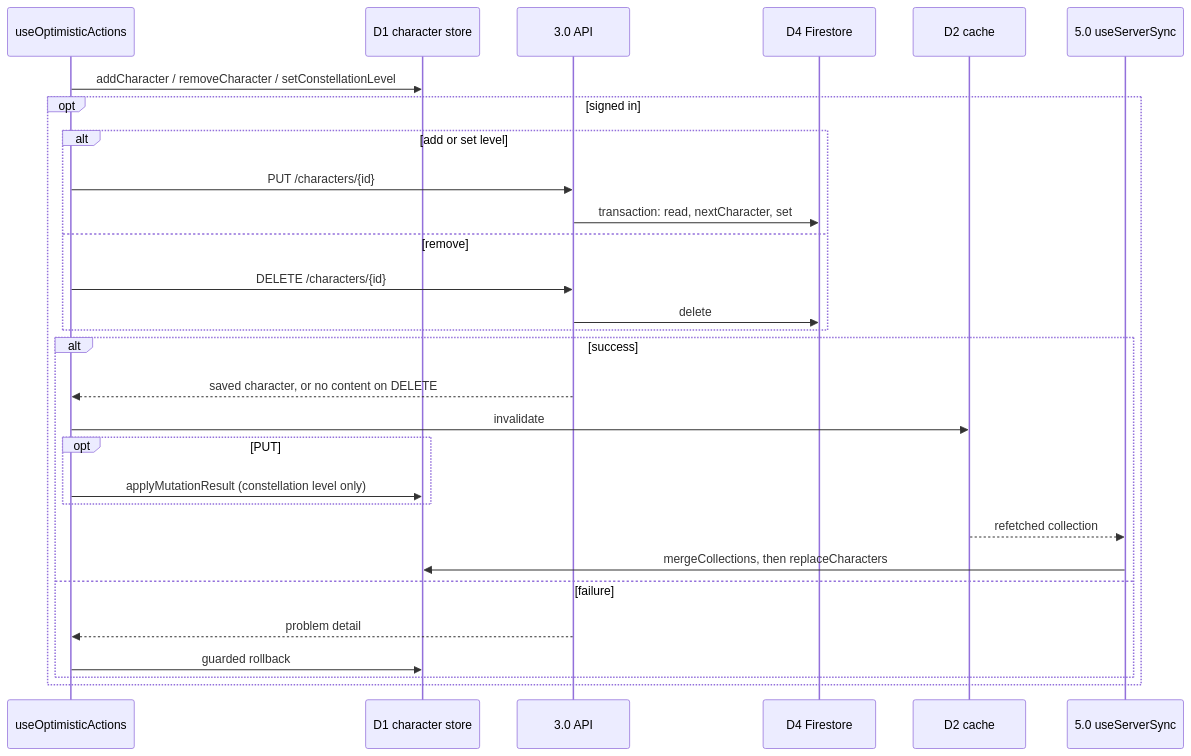
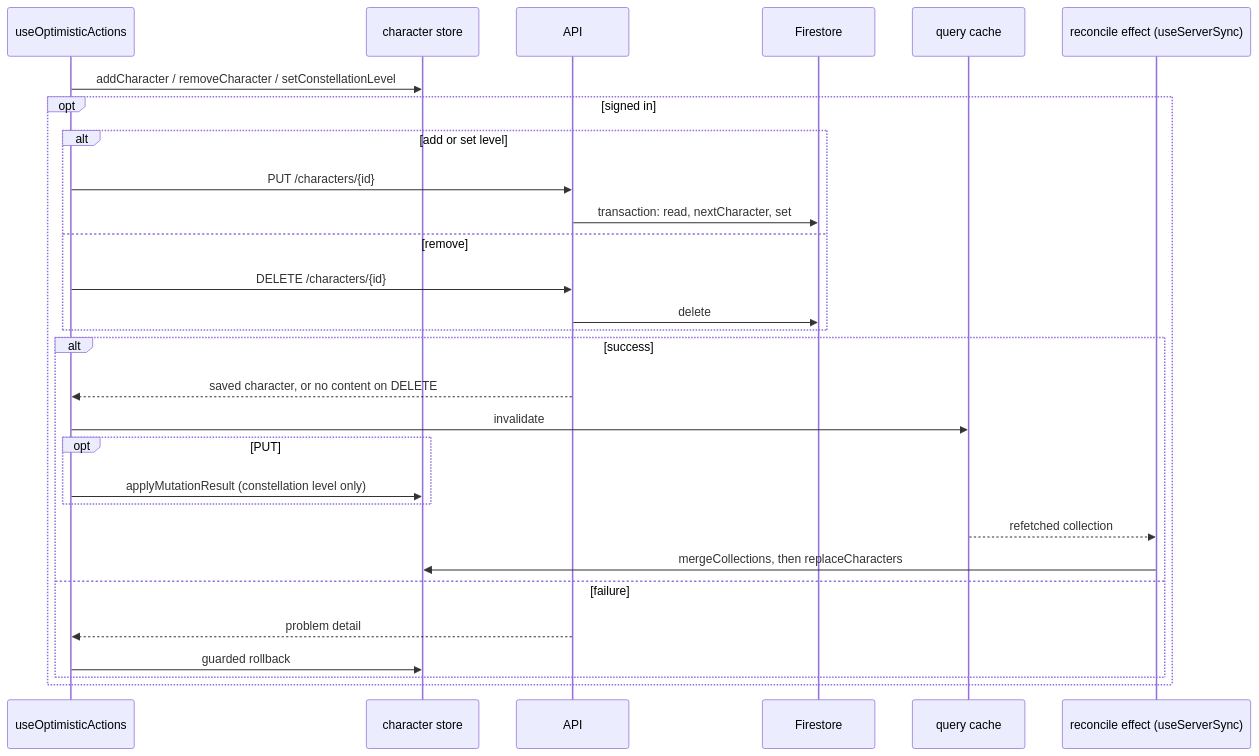
The first of 4 diagrams in docs/reference/data-flow-write-paths.md (dungeon-studio/genshin.dungeon.studio), drawn with Mermaid before and after one commit. The commit also changed other lines of this file and 2 other files, not shown here.

First line of the commit message:
docs: name data flow stores and processes in prose

````diff
--- a/docs/reference/data-flow-write-paths.md
+++ b/docs/reference/data-flow-write-paths.md
@@ -34,32 +33,32 @@
 ```mermaid
 sequenceDiagram
   participant Hook as useOptimisticActions
-  participant Store as D1 character store
-  participant API as 3.0 API
-  participant FS as D4 Firestore
-  participant Cache as D2 cache
-  participant Reconcile as 5.0 useServerSync
+  participant Store as character store
+  participant API as API
+  participant FS as Firestore
+  participant Cache as query cache
+  participant Reconcile as reconcile effect (useServerSync)
 
   Hook->>Store: addCharacter / removeCharacter / setConstellationLevel
   opt signed in
     alt add or set level
       Hook->>API: PUT /characters/{id}
       API->>FS: transaction: read, nextCharacter, set
     else remove
       Hook->>API: DELETE /characters/{id}
       API->>FS: delete
     end
     alt success
       API-->>Hook: saved character, or no content on DELETE
       Hook->>Cache: invalidate
       opt PUT
         Hook->>Store: applyMutationResult (constellation level only)
       end
       Cache-->>Reconcile: refetched collection
       Reconcile->>Store: mergeCollections, then replaceCharacters
     else failure
       API-->>Hook: problem detail
       Hook->>Store: guarded rollback
     end
   end
 ```
````
